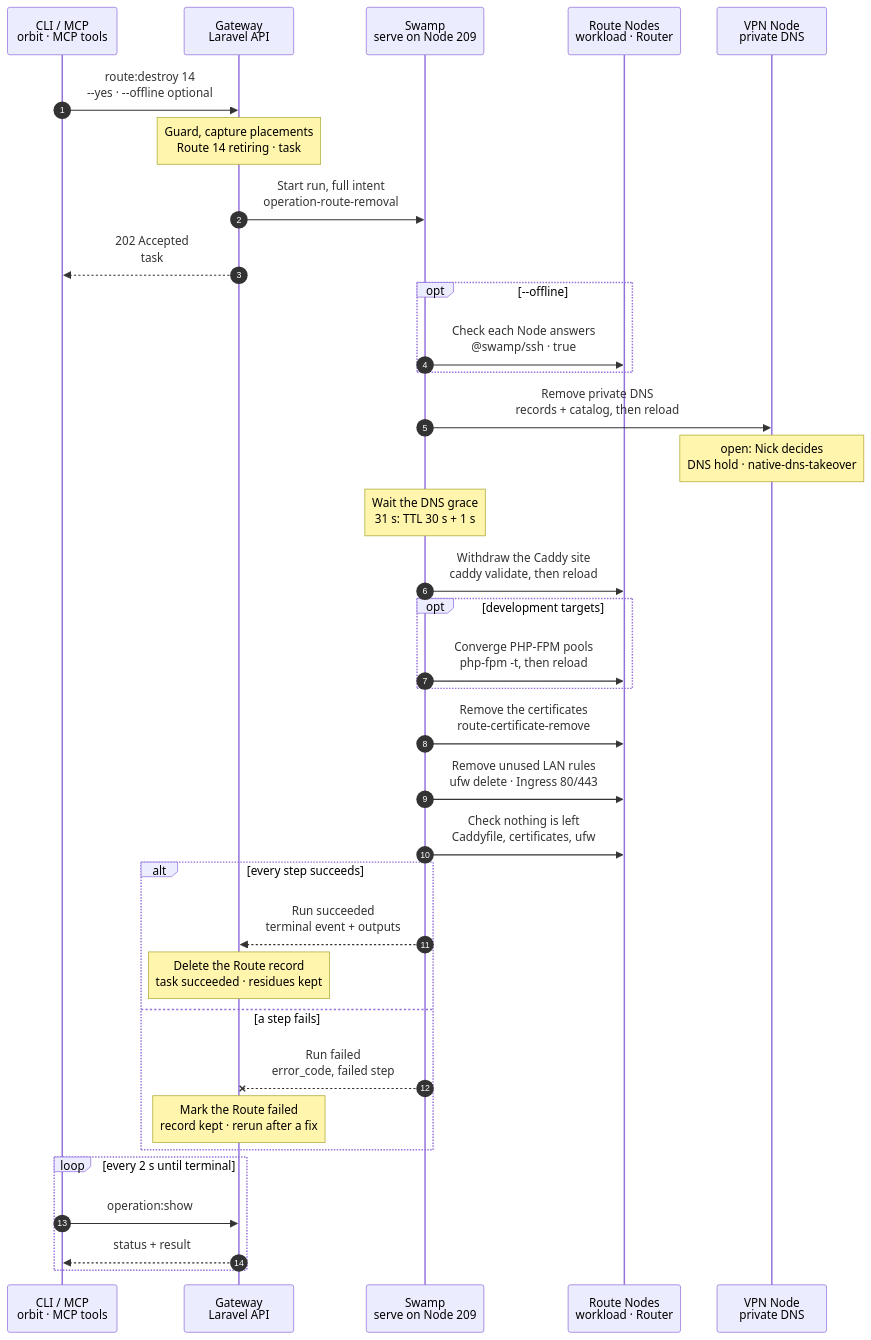
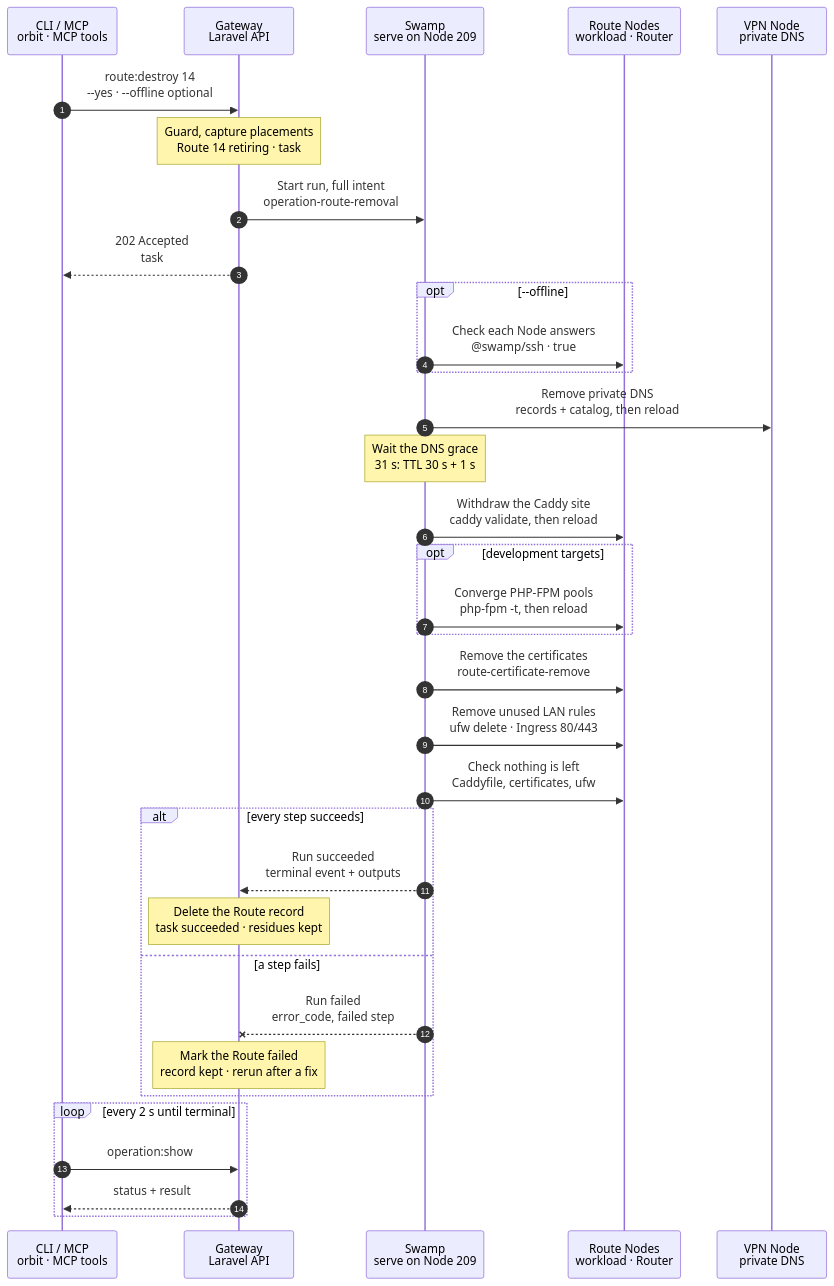
Before and after one commit to hardimpactdev/orbit: the diagram in docs/flows/route.destroy.mmd, drawn with Mermaid.

Commit message:
docs(flows): route.destroy

```diff
--- a/docs/flows/route.destroy.mmd
+++ b/docs/flows/route.destroy.mmd
@@ -1,144 +1,140 @@
 sequenceDiagram
-  %% Target design: ADR 0244 task, DECISIONS R1-R4 + 2 (DNS hold) + round 2 (route.destroy cleanup runs in the workflow; the Gateway deletes the record on the terminal result), single-swamp-node. docs/cli/route.mdx, docs/reference/routes.md (Remove a Route).
+  %% Target design: ADR 0244 task, DECISIONS R1-R4 + round 2 (route.destroy cleanup runs in the workflow; the Gateway deletes the record on the terminal result), single-swamp-node. docs/cli/route.mdx, docs/reference/routes.md (Remove a Route).
   %% status: draft
   %% command: route:destroy
   autonumber
   %% lane CLI icon=terminal pill=caller tone=gray
   %% lane GW icon=gateway pill=intent tone=blue
   %% lane SW icon=workflow pill=executes tone=green
   %% lane N icon=server pill=target tone=amber
   %% lane V icon=server pill=target tone=purple
   participant CLI as CLI / MCP<br/>orbit · MCP tools
   participant GW as Gateway<br/>Laravel API
   participant SW as Swamp<br/>serve on Node 209
   participant N as Route Nodes<br/>workload · Router
   participant V as VPN Node<br/>private DNS
   CLI->>GW: route:destroy 14<br/>--yes · --offline optional
   %%> Command:
   %%> - `orbit route:destroy 14 --yes`
   %%> - syntax: `<route> [--yes] [--offline]`
   %%> Input:
   %%> - Route 14
   %%> - `--offline`: skip a Node that does not answer, and list what it still needs
   %%> Replacement:
   %%> - on a `pending` or `failed` replacement that never moved DNS, it abandons the domain change
   %%> - the same steps remove the replacement's site and certificates; the old URL is written back; the replaced Route stays
   %%> Confirmation:
   %%> - without `--yes`, the CLI asks first; the default is No
   %%> - without a terminal, or with `--json`, `--yes` is required
   Note over GW: Guard, capture placements<br/>Route 14 retiring · task #5130
   %%> Requirements:
   %%> - your Node has an access grant to Node 7, the Route's Node
   %%> - no active Instance depends on Route 14 (`route.target_conflict`); remove the Instance with `instance:destroy` instead
   %%> - the public edge of Route 14 is not live, and it is not in an active replacement pair
   %%> - Route 14 is not an analytics tracking Route (`route.tracking_managed`)
   %%> - no open Instance transfer owns it (`instance.transfer_incomplete`)
   %%> Locks:
   %%> - the projection lock and the environment owner of every target Instance
   %%> Captures:
   %%> - every Node the Route touches: workload, Router, Ingress, VPN Node
   %%> - the Caddy blocks, certificate scopes, PHP-FPM pools and LAN tuples to remove
   %%> - the DNS records without Route 14
   %%> Result:
   %%> - Route 14 marked `retiring`; its record stays until the result
   %%> - task #5130 recorded with the full intent
   GW->>SW: Start run, full intent<br/>operation-route-removal
   %%> What it does:
   %%> - starts one Swamp run on serve (Node 209)
   %%> Inputs:
   %%> - the captured removal plan, per Node
   %%> - each Node's address and SSH host keys; the SSH identity comes from the `swamp` role
   %%> - whether `--offline` was given
   GW-->>CLI: 202 Accepted<br/>task #5130
   %%> What you get:
   %%> - the task number, at once
   %%> Next:
   %%> - the CLI follows the task with `operation:show`
   opt --offline
     SW->>N: Check each Node answers<br/>@swamp/ssh · true
     %%> What it does:
     %%> - tries each Node once over `@swamp/ssh` from 209
     %%> - a Node that does not answer is skipped by every later step
     %%> - a Node that answers keeps every step; a failure on it still stops the removal
   end
   SW->>V: Remove private DNS<br/>records + catalog, then reload
   %%> What it does:
   %%> - removes `shop.test` from the private DNS records
   %%> - checks the loaded catalog and a DNS reply
   %%> Order:
   %%> - DNS goes first, so the name stops resolving before its site leaves
-  Note over V: open: Nick decides<br/>DNS hold · native-dns-takeover
-  %%> Open:
-  %%> - DNS publication is under the DNS hold; Nick decides (rule 9)
-  %%> - until then, the run skips this step and the grace wait
   Note over SW: Wait the DNS grace<br/>31 s: TTL 30 s + 1 s
   %%> Why:
   %%> - resolvers that honor the TTL stop asking for the name before its site leaves
   SW->>N: Withdraw the Caddy site<br/>caddy validate, then reload
   %%> How:
   %%> - Swamp reaches every captured Node over `@swamp/ssh` from 209
   %%> What it does:
   %%> - removes Route 14's site blocks on the workload, the Router and the Ingress
   %%> - validates the Caddyfile, then reloads Caddy; never a restart (rule 7)
   %%> Kept:
   %%> - Caddy itself and the Node's shared runtime
   opt development targets
     SW->>N: Converge PHP-FPM pools<br/>php-fpm -t, then reload
     %%> What it does:
     %%> - right after the site leaves, converges every PHP-FPM pool on the Node of each development target
     %%> - a pool whose working directory is gone is skipped and does not stop the removal
     %%> Not included:
     %%> - a production target keeps its dedicated PHP-FPM service until `instance:destroy`
   end
   SW->>N: Remove the certificates<br/>route-certificate-remove
   %%> What it does:
   %%> - removes the certificate scopes owned by Route 14 on each Node
   %%> Refuses:
   %%> - a scope that a remaining Caddy site still names
   %%> Kept:
   %%> - each target's own Instance certificate, until `instance:destroy`
   SW->>N: Remove unused LAN rules<br/>ufw delete · Ingress 80/443
   %%> What it does:
   %%> - removes the Router LAN tuples on the workload Node that no published Route still needs
   %%> - an identical tuple that another Route uses stays
   %%> - on the Ingress, closes `orbit:ingress-http` and `orbit:ingress-https` when Route 14 was the last public Route
   SW->>N: Check nothing is left<br/>Caddyfile, certificates, ufw
   %%> What it does:
   %%> - reads back each Node: no site block names `shop.test`, no Route 14 certificate scope, no removed tuple
   %%> Why:
   %%> - the Route only counts as removed when the Nodes show it
   alt every step succeeds
     SW-->>GW: Run succeeded<br/>terminal event + outputs
     %%> How the Gateway learns it:
     %%> - its shared run reader sees the terminal event; Swamp never calls the Gateway
     %%> Outputs:
     %%> - with `--offline`: each skipped Node and the steps it still needs
     Note over GW: Delete the Route record<br/>task succeeded · residues kept
     %%> Result:
     %%> - Route 14 is deleted and `shop.test` is released
     %%> - the Instances stay, without this Route
     %%> - a skipped Node gets a residue record; `node:converge` finishes it once the Node answers
     %%> - task #5130 succeeds and lists `retained_on_nodes`
   else a step fails
     SW--xGW: Run failed<br/>error_code, failed step
     %%> The Gateway reads:
     %%> - which step failed and its error code
     %%> - a Node that did not answer gives `route.node_unreachable`, naming the Node and `--offline`
     Note over GW: Mark the Route failed<br/>record kept · rerun after a fix
     %%> Result:
     %%> - Route 14 stays, marked `failed` with `failed_step` and `error_code`
     %%> - task #5130 fails
     %%> On the Node:
     %%> - what earlier steps removed stays removed; there is no rollback
     %%> - that is safe: every step skips what is already gone
     %%> Retry:
     %%> - run the same command again after fixing the cause, or add `--offline` for an unreachable Node
   end
   loop every 2 s until terminal
     CLI->>GW: operation:show #5130
     %%> What it does:
     %%> - asks for the task's status every 2 seconds until it has ended
     GW-->>CLI: status + result
     %%> Returns:
     %%> - the current status, and the result once the task has ended
   end
```
